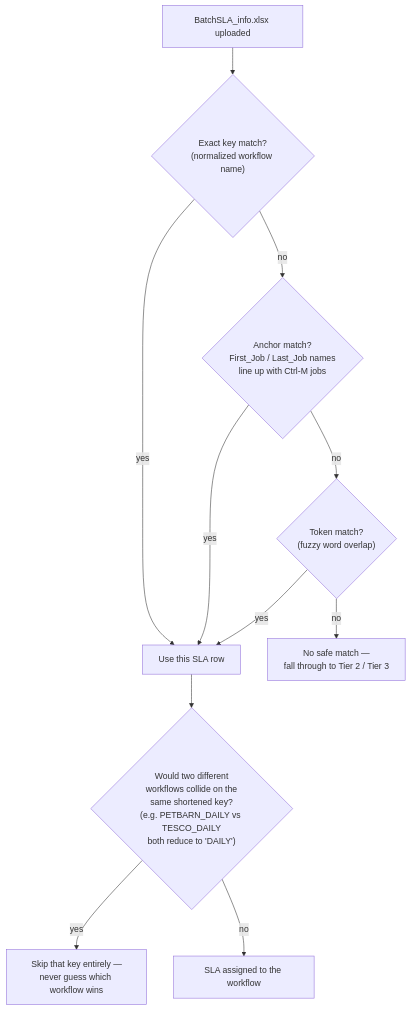
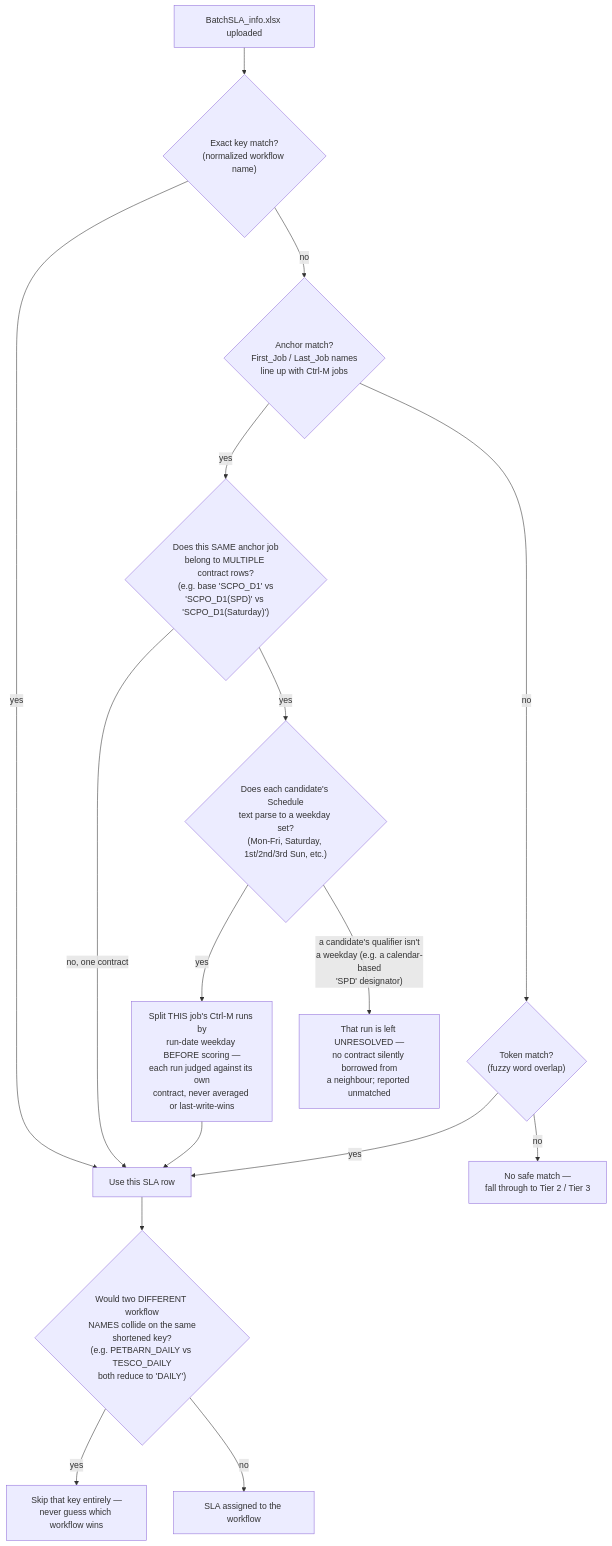
The fourth of 9 diagrams in PE_Dashboard_Presentation.md (ayum321/PE_Dashboard), drawn with Mermaid before and after one commit. The commit also changed other lines of this file and 2 other files, not shown here.

````diff
--- a/PE_Dashboard_Presentation.md
+++ b/PE_Dashboard_Presentation.md
@@ -229,13 +229,18 @@
 ```mermaid
 flowchart TD
     U["BatchSLA_info.xlsx uploaded"] --> M1{"Exact key match?\n(normalized workflow name)"}
     M1 -->|yes| HIT["Use this SLA row"]
     M1 -->|no| M2{"Anchor match?\nFirst_Job / Last_Job names\nline up with Ctrl-M jobs"}
-    M2 -->|yes| HIT
+    M2 -->|yes| ACOL{"Does this SAME anchor job\nbelong to MULTIPLE contract rows?\n(e.g. base 'SCPO_D1' vs\n'SCPO_D1(SPD)' vs 'SCPO_D1(Saturday)')"}
+    ACOL -->|no, one contract| HIT
+    ACOL -->|yes| QDAY{"Does each candidate's Schedule\ntext parse to a weekday set?\n(Mon-Fri, Saturday, 1st/2nd/3rd Sun, etc.)"}
+    QDAY -->|yes| FILTER["Split THIS job's Ctrl-M runs by\nrun-date weekday BEFORE scoring —\neach run judged against its own\ncontract, never averaged or last-write-wins"]
+    QDAY -->|"a candidate's qualifier isn't\na weekday (e.g. a calendar-based\n'SPD' designator)"| AMBIG["That run is left UNRESOLVED —\nno contract silently borrowed from\na neighbour; reported unmatched"]
+    FILTER --> HIT
     M2 -->|no| M3{"Token match?\n(fuzzy word overlap)"}
     M3 -->|yes| HIT
     M3 -->|no| T2["No safe match —\nfall through to Tier 2 / Tier 3"]
-    HIT --> COL{"Would two different\nworkflows collide on the\nsame shortened key?\n(e.g. PETBARN_DAILY vs TESCO_DAILY\nboth reduce to 'DAILY')"}
+    HIT --> COL{"Would two DIFFERENT workflow\nNAMES collide on the same\nshortened key?\n(e.g. PETBARN_DAILY vs TESCO_DAILY\nboth reduce to 'DAILY')"}
     COL -->|yes| DROP["Skip that key entirely —\nnever guess which workflow wins"]
     COL -->|no| USE["SLA assigned to the workflow"]
 ```
````
